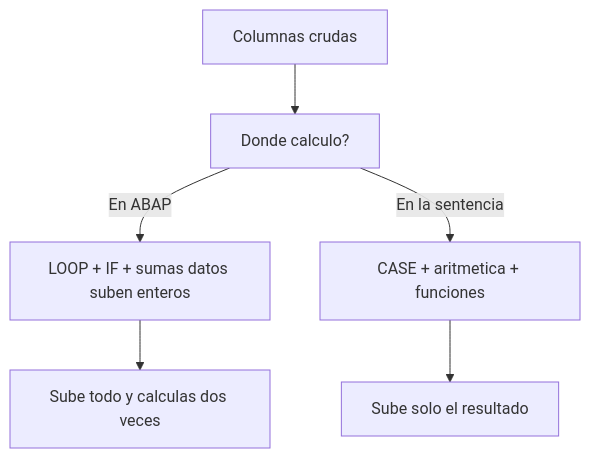
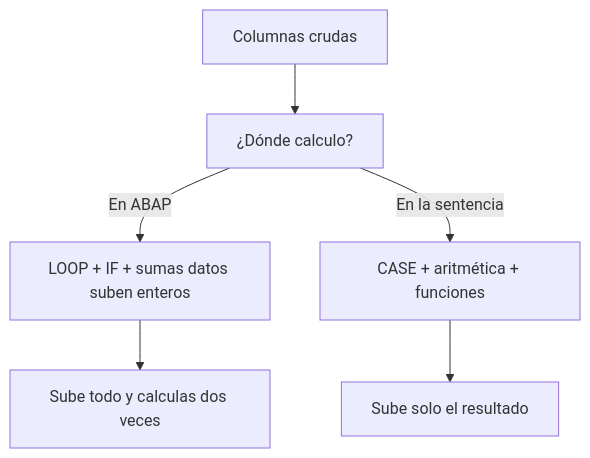
The diagram in es/sql-expresiones-case-aritmetica.mdx (logalitech/blog-content), drawn with Mermaid before and after one commit. The commit also changed other lines of this file and 49 other files, not shown here.

````diff
--- a/es/sql-expresiones-case-aritmetica.mdx
+++ b/es/sql-expresiones-case-aritmetica.mdx
@@ -72,8 +72,8 @@
 ```mermaid
 flowchart TD
- A["Columnas crudas"] --> B["Donde calculo?"]
+ A["Columnas crudas"] --> B["¿Dónde calculo?"]
  B -->|"En ABAP"| C["LOOP + IF + sumas datos suben enteros"]
- B -->|"En la sentencia"| D["CASE + aritmetica + funciones"]
+ B -->|"En la sentencia"| D["CASE + aritmética + funciones"]
  D --> E["Sube solo el resultado"]
  C --> F["Sube todo y calculas dos veces"]
 ```
````
